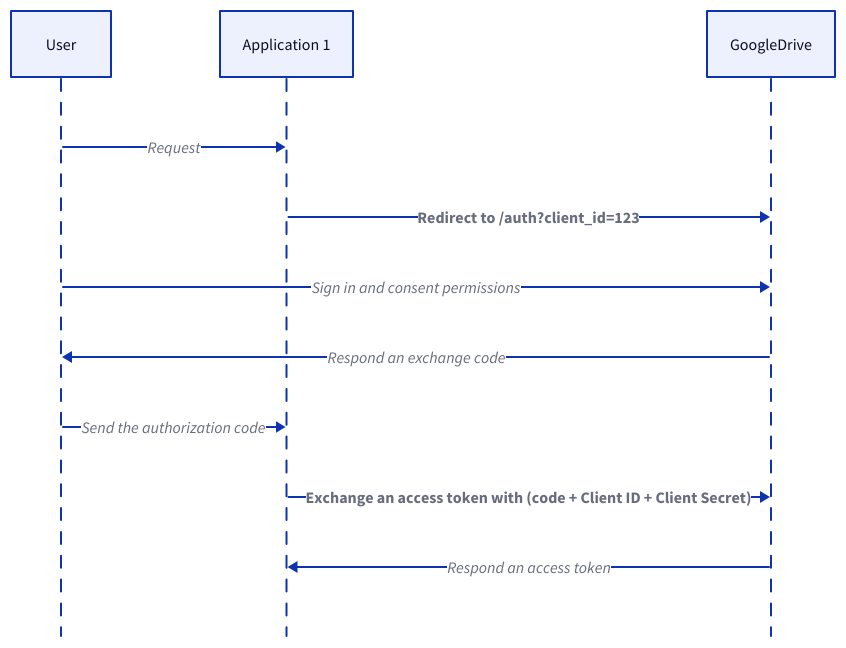
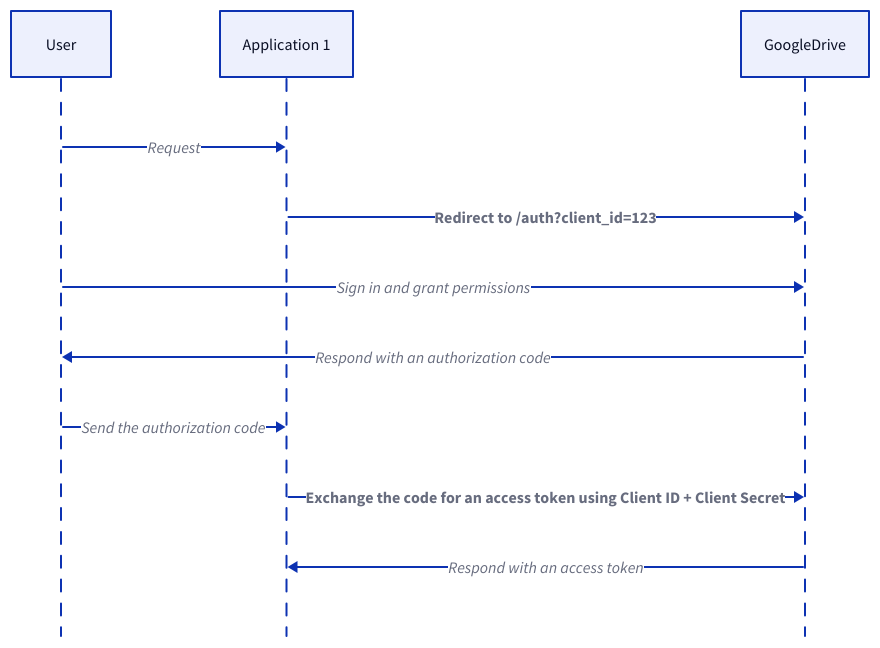
Before and after one commit to link1905/system-design-101: diagram 26 of 26 in content/system-administration/system-protection/iam.md, drawn with D2. The commit also changed other lines of this file and 42 other files, not shown here.

````diff
--- a/content/system-administration/system-protection/iam.md
+++ b/content/system-administration/system-protection/iam.md
@@ -951,23 +940,23 @@
 ```d2
 shape: sequence_diagram
 u: User {
   class: client
 }
 s: Application 1 {
   class: server
 }
 g: GoogleDrive {
   class: google
 }
 u -> s: Request
 s -> g: "Redirect to /auth?client_id=123" {
   style.bold: true
 }
-u -> g: Sign in and consent permissions
-g -> u: Respond an exchange code
+u -> g: Sign in and grant permissions
+g -> u: Respond with an authorization code
 u -> s: Send the authorization code
-s -> g: Exchange an access token with (code + Client ID + Client Secret) {
+s -> g: Exchange the code for an access token using Client ID + Client Secret {
   style.bold: true
 }
-g -> s: Respond an access token
+g -> s: Respond with an access token
 ```
````
